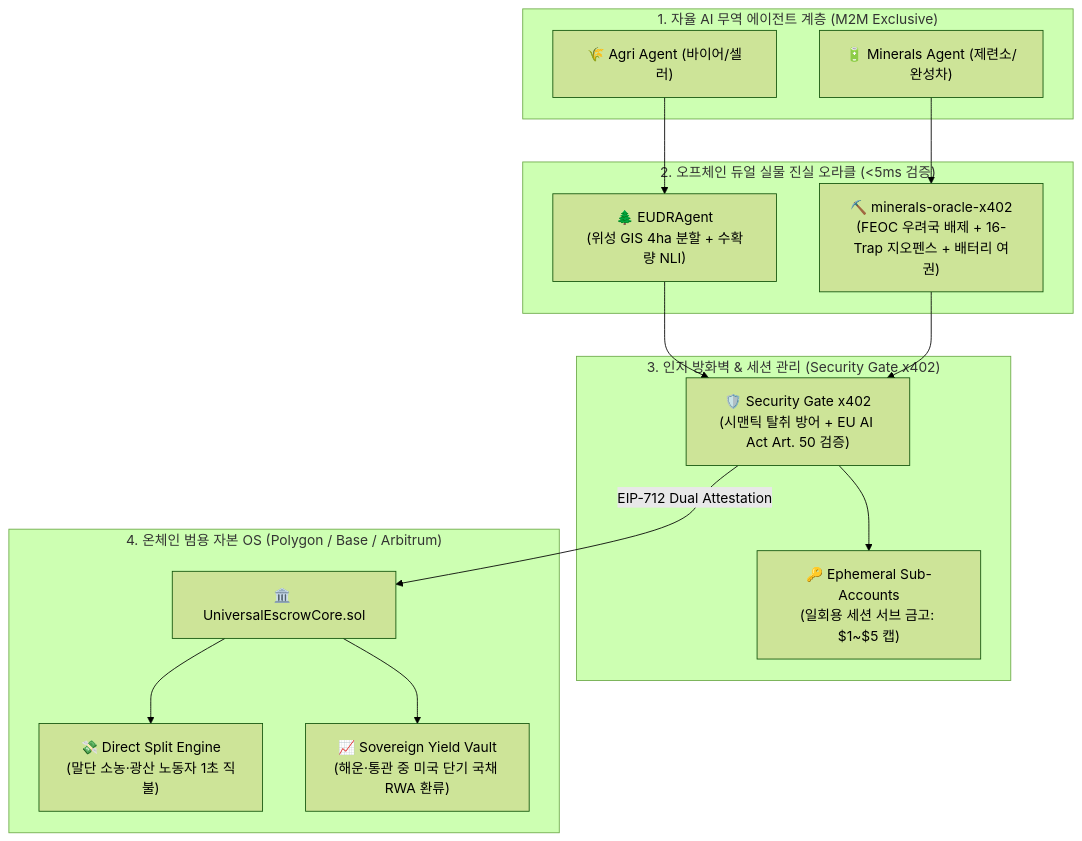
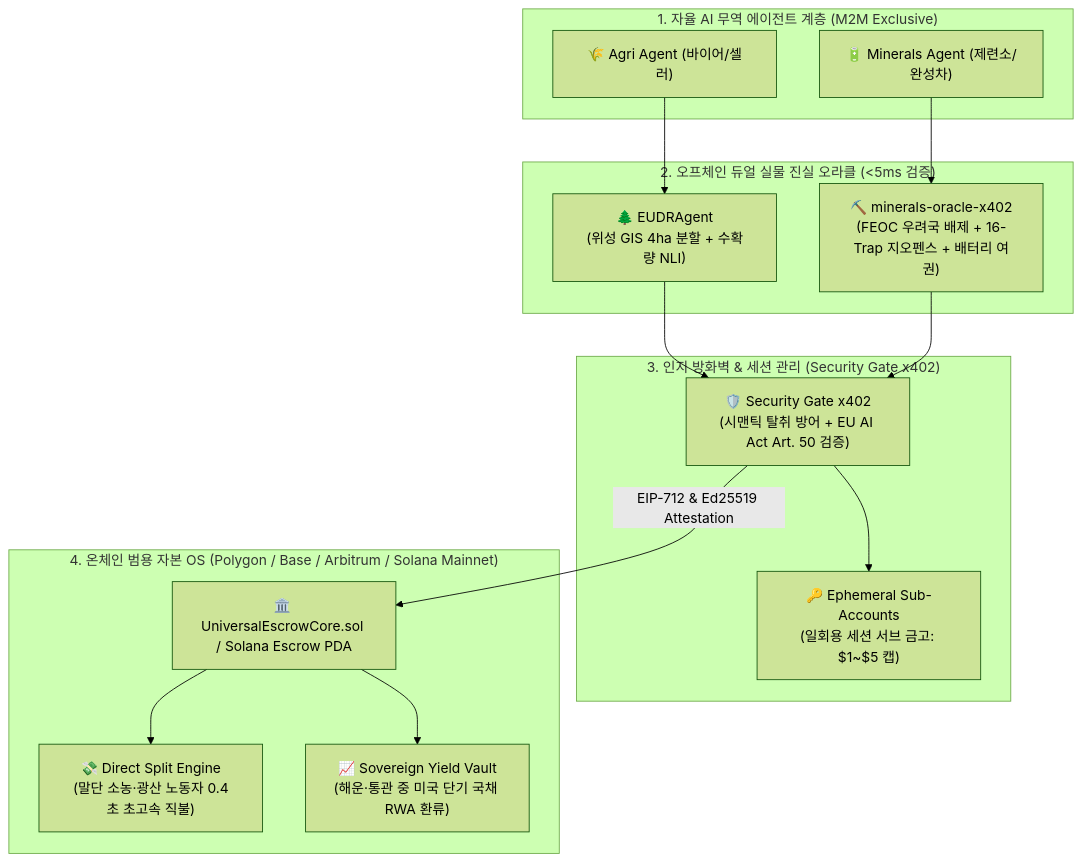
Before and after one commit to nohosa001-pixel/eudr-compliance-agent: the diagram in SYSTEM_UPGRADE_SPEC.md, drawn with Mermaid (forest theme). The commit also changed 5 other files, not shown here.

Commit message:
feat(solana): integrate Solana Mainnet-Beta SPL-USDC escrow rail and Ed25519 oracle attestation

````diff
--- a/SYSTEM_UPGRADE_SPEC.md
+++ b/SYSTEM_UPGRADE_SPEC.md
@@ -8,32 +8,32 @@
 ```mermaid
 graph TD
     subgraph Autonomous Agents ["1. 자율 AI 무역 에이전트 계층 (M2M Exclusive)"]
         AgentA["🌾 Agri Agent (바이어/셀러)"]
         AgentB["🔋 Minerals Agent (제련소/완성차)"]
     end
 
     subgraph Dual Truth Oracles ["2. 오프체인 듀얼 실물 진실 오라클 (<5ms 검증)"]
         EUDR["🌲 EUDRAgent<br/>(위성 GIS 4ha 분할 + 수확량 NLI)"]
         Minerals["⛏️ minerals-oracle-x402<br/>(FEOC 우려국 배제 + 16-Trap 지오펜스 + 배터리 여권)"]
     end
 
     subgraph Security Gate Engine ["3. 인지 방화벽 & 세션 관리 (Security Gate x402)"]
         Gate["🛡️ Security Gate x402<br/>(시맨틱 탈취 방어 + EU AI Act Art. 50 검증)"]
         SubVault["🔑 Ephemeral Sub-Accounts<br/>(일회용 세션 서브 금고: $1~$5 캡)"]
     end
 
-    subgraph On-Chain Settlement Core ["4. 온체인 범용 자본 OS (Polygon / Base / Arbitrum)"]
-        Core["🏛️ UniversalEscrowCore.sol"]
-        DirectSplit["💸 Direct Split Engine<br/>(말단 소농·광산 노동자 1초 직불)"]
+    subgraph On-Chain Settlement Core ["4. 온체인 범용 자본 OS (Polygon / Base / Arbitrum / Solana Mainnet)"]
+        Core["🏛️ UniversalEscrowCore.sol / Solana Escrow PDA"]
+        DirectSplit["💸 Direct Split Engine<br/>(말단 소농·광산 노동자 0.4초 초고속 직불)"]
         RWA["📈 Sovereign Yield Vault<br/>(해운·통관 중 미국 단기 국채 RWA 환류)"]
     end
 
     AgentA --> EUDR
     AgentB --> Minerals
     EUDR --> Gate
     Minerals --> Gate
     Gate --> SubVault
-    Gate -->|EIP-712 Dual Attestation| Core
+    Gate -->|EIP-712 & Ed25519 Attestation| Core
     Core --> DirectSplit
     Core --> RWA
 ```
````
